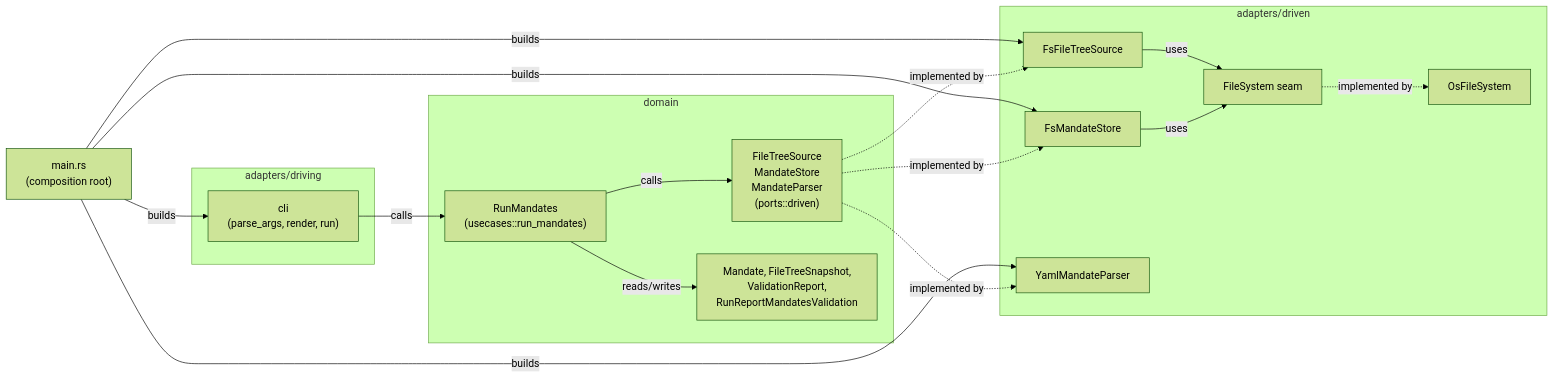
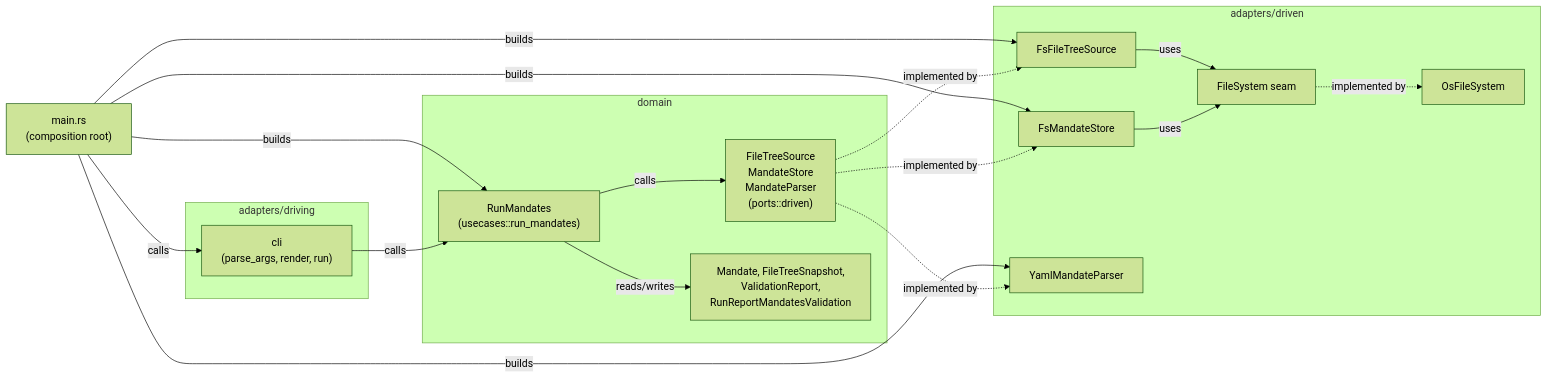
The diagram in mandate_docs/docs/architecture/mandate-parser.md (Jtonna/mandate-docs), drawn with Mermaid (forest theme) before and after one commit. The commit also changed other lines of this file, not shown here.

````diff
--- a/mandate_docs/docs/architecture/mandate-parser.md
+++ b/mandate_docs/docs/architecture/mandate-parser.md
@@ -27,37 +27,38 @@
 ```mermaid
 flowchart LR
     subgraph driving["adapters/driving"]
         CLI["cli\n(parse_args, render, run)"]
     end
 
     subgraph domain["domain"]
         RM["RunMandates\n(usecases::run_mandates)"]
         PORTS["FileTreeSource\nMandateStore\nMandateParser\n(ports::driven)"]
         MODEL["Mandate, FileTreeSnapshot,\nValidationReport,\nRunReportMandatesValidation"]
     end
 
     subgraph driven["adapters/driven"]
         FTS["FsFileTreeSource<F>"]
         MS["FsMandateStore<F>"]
         YP["YamlMandateParser"]
         FS["FileSystem seam"]
         OS["OsFileSystem"]
     end
 
-    MAIN["main.rs\n(composition root)"] -- builds --> CLI
+    MAIN["main.rs\n(composition root)"] -- calls --> CLI
+    MAIN -- builds --> RM
     MAIN -- builds --> FTS
     MAIN -- builds --> MS
     MAIN -- builds --> YP
 
     CLI -- calls --> RM
     RM -- calls --> PORTS
     RM -- reads/writes --> MODEL
 
     PORTS -.implemented by.-> FTS
     PORTS -.implemented by.-> MS
     PORTS -.implemented by.-> YP
 
     FTS -- uses --> FS
     MS -- uses --> FS
     FS -.implemented by.-> OS
 ```
````
